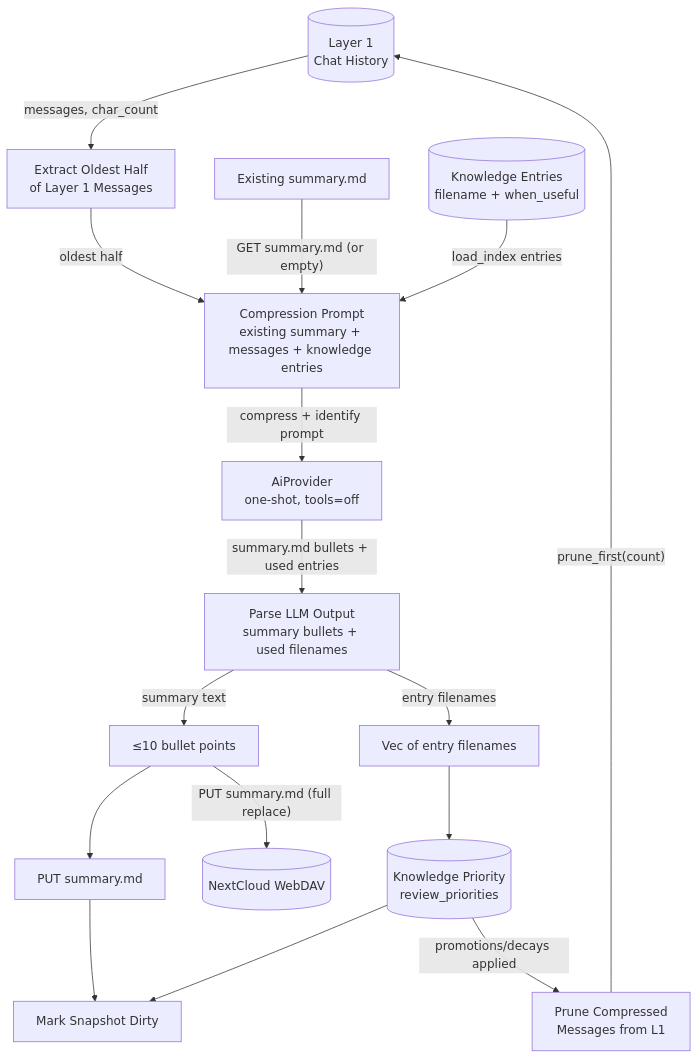
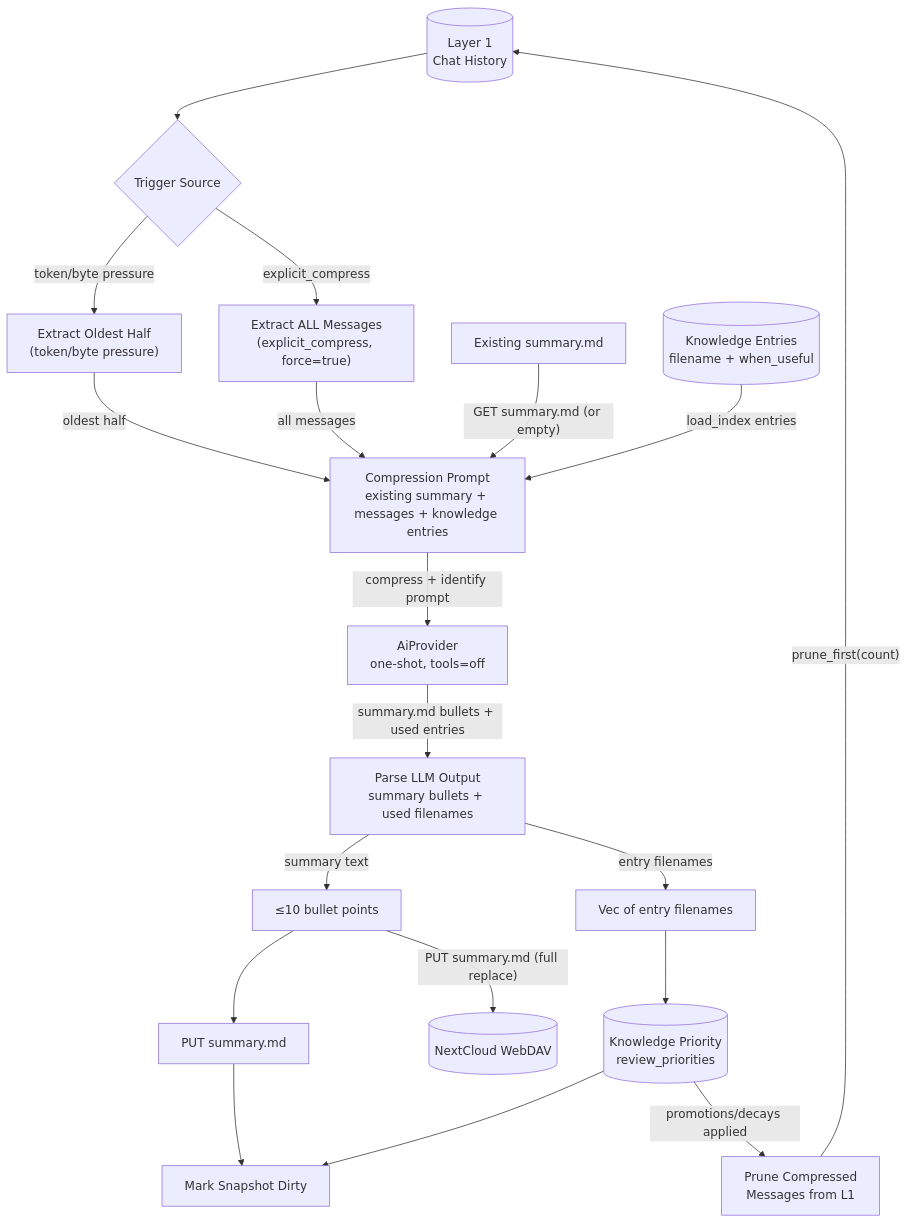
Before and after one commit to cosmoswafer/rockbot: the second of 6 diagrams in _dfd/base/memory-compression.md, drawn with Mermaid. The commit also changed other lines of this file and 2 other files, not shown here.

First line of the commit message:
docs: update DFDs for flag-driven post-reply compress_memory

````diff
--- a/_dfd/base/memory-compression.md
+++ b/_dfd/base/memory-compression.md
@@ -69,33 +77,38 @@
 ```mermaid
 flowchart TD
     L1[(Layer 1<br/>Chat History)]
-    EXTRACT["Extract Oldest Half<br/>of Layer 1 Messages"]
+    TRIGGER{Trigger Source}
+    EXTRACT_HALF["Extract Oldest Half<br/>(token/byte pressure)"]
+    EXTRACT_ALL["Extract ALL Messages<br/>(explicit_compress, force=true)"]
     EXISTING[Existing summary.md]
     KNOWLEDGE[(Knowledge Entries<br/>filename + when_useful)]
     AI[AiProvider<br/>one-shot, tools=off]
     PROMPT["Compression Prompt<br/>existing summary + messages + knowledge entries"]
     PARSE["Parse LLM Output<br/>summary bullets + used filenames"]
     SUMMARY["≤10 bullet points"]
     USED["Vec of entry filenames"]
     WRITE[PUT summary.md]
     WEBDAV[(NextCloud WebDAV)]
     PRIORITY[(Knowledge Priority<br/>review_priorities)]
     PRUNE["Prune Compressed<br/>Messages from L1"]
     DIRTY[Mark Snapshot Dirty]
 
-    L1 -->|"messages, char_count"| EXTRACT
-    EXTRACT -->|"oldest half"| PROMPT
+    L1 --> TRIGGER
+    TRIGGER -->|"token/byte pressure"| EXTRACT_HALF
+    TRIGGER -->|"explicit_compress"| EXTRACT_ALL
+    EXTRACT_HALF -->|"oldest half"| PROMPT
+    EXTRACT_ALL -->|"all messages"| PROMPT
     EXISTING -->|"GET summary.md (or empty)"| PROMPT
     KNOWLEDGE -->|"load_index entries"| PROMPT
     PROMPT -->|"compress + identify prompt"| AI
     AI -->|"summary.md bullets + used entries"| PARSE
     PARSE -->|"summary text"| SUMMARY
     PARSE -->|"entry filenames"| USED
     SUMMARY -->|"PUT summary.md (full replace)"| WEBDAV
     SUMMARY --> WRITE
     USED --> PRIORITY
     PRIORITY -->|"promotions/decays applied"| PRUNE
     PRUNE -->|"prune_first(count)"| L1
     WRITE --> DIRTY
     PRIORITY --> DIRTY
 ```
````
